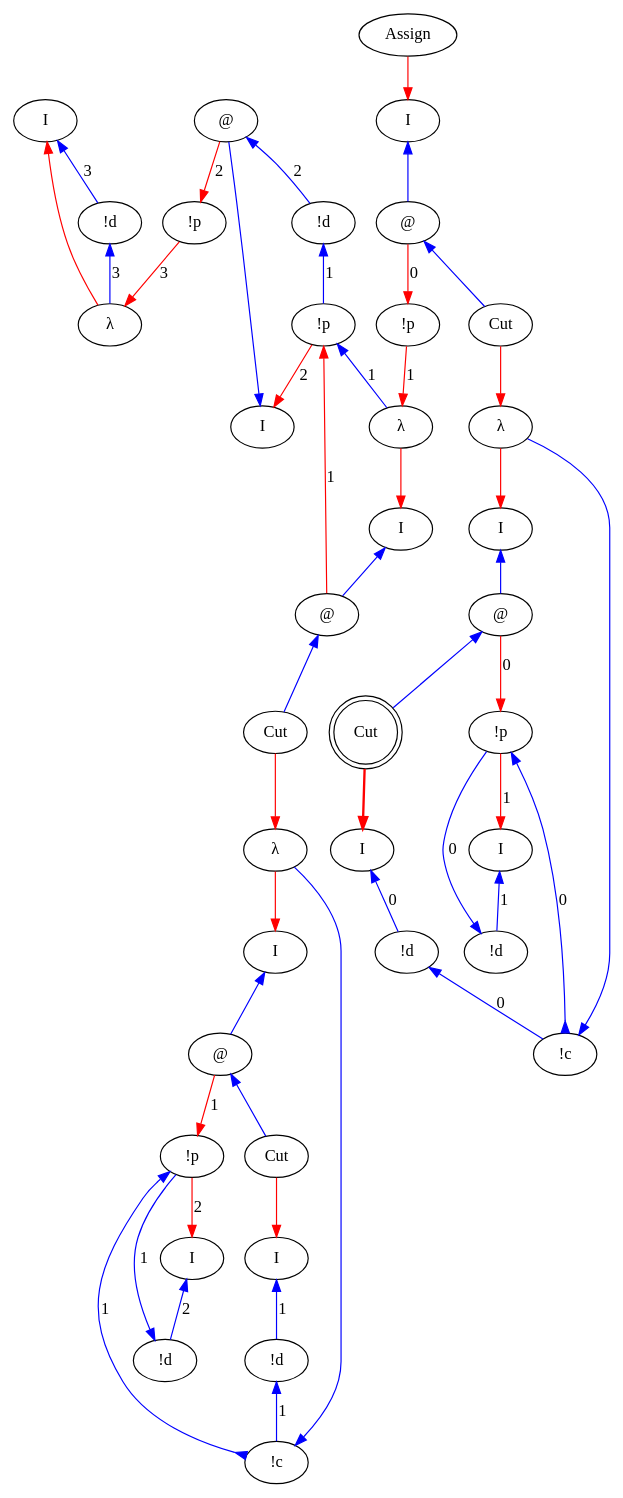
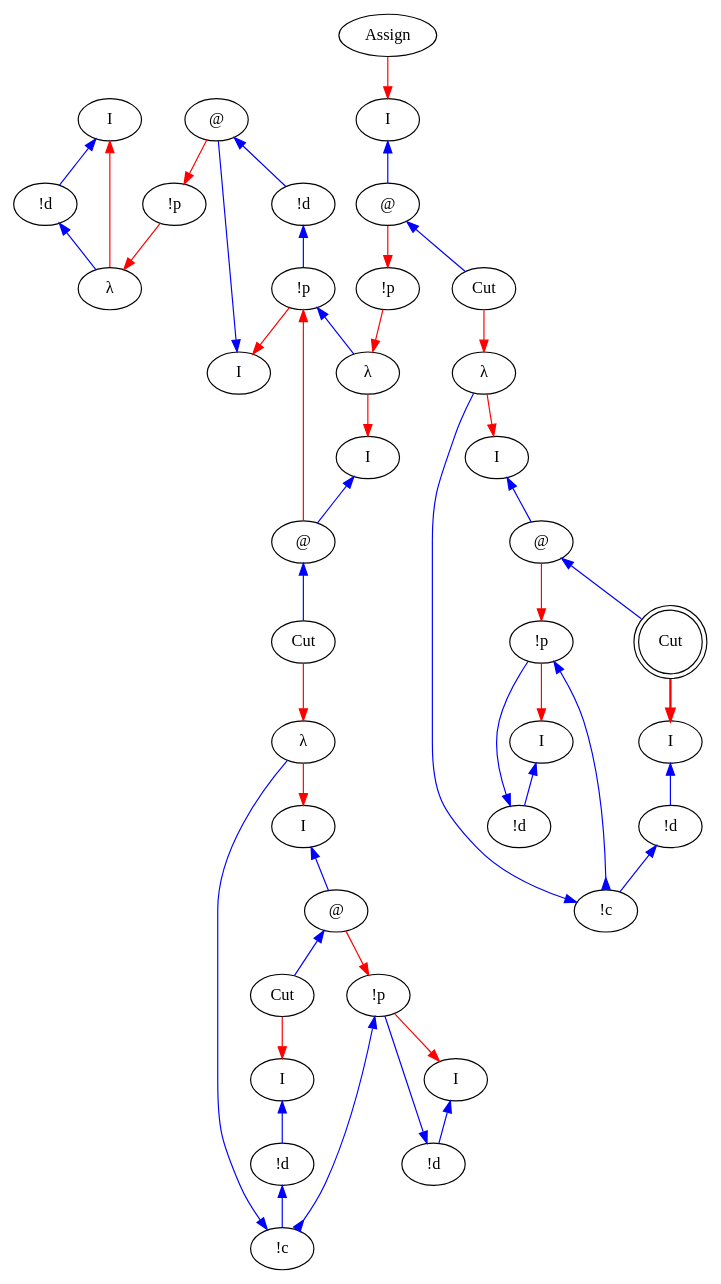
The diagram in src/core/graphs/example_m_1_l.dot (Mathnerd314/stroscot), drawn with Graphviz before and after one commit. The commit also changed 88 other files, not shown here.

```diff
--- a/src/core/graphs/example_m_1_l.dot
+++ b/src/core/graphs/example_m_1_l.dot
@@ -1,85 +1,85 @@
 digraph {
 rankdir="TB"
 "I0" [label="I"]
 "!d1" [label="!d"]
 "λ2" [label="λ"]
 "!p3" [label="!p"]
 "I4" [label="I"]
 "@5" [label="@"]
 "!d6" [label="!d"]
 "!p7" [label="!p"]
 "I8" [label="I"]
 "@9" [label="@"]
 "I10" [label="I"]
 "!d11" [label="!d"]
 "!p12" [label="!p"]
 "I13" [label="I"]
 "@14" [label="@"]
 "I15" [label="I"]
 "!d16" [label="!d"]
 "Cut17" [label="Cut"]
 "!c18" [label="!c"]
 "λ19" [label="λ"]
 "Cut20" [label="Cut"]
 "λ21" [label="λ"]
 "!p22" [label="!p"]
 "I23" [label="I"]
 "@24" [label="@"]
 "I25" [label="I"]
 "!d26" [label="!d"]
 "!p27" [label="!p"]
 "I28" [label="I"]
 "@29" [label="@"]
 "I30" [label="I"]
 "!d31" [label="!d"]
 "Cut32" [label="Cut",shape=doublecircle]
 "!c33" [label="!c"]
 "λ34" [label="λ"]
 "Cut35" [label="Cut"]
 "Assign36" [label="Assign"]
-"!p7" -> "λ21"[color=blue,weight=1,tooltip="h34",label="1",arrowtail=normal,arrowhead=none,dir=both]
-"!d6" -> "!p7"[color=blue,weight=1,tooltip="hf65",label="1",arrowtail=normal,arrowhead=none,dir=both]
-"!d1" -> "λ2"[color=blue,weight=1,tooltip="i81",label="3",arrowtail=normal,arrowhead=none,dir=both]
-"I0" -> "!d1"[color=blue,weight=1,tooltip="iret84",label="3",arrowtail=normal,arrowhead=none,dir=both]
+"!p7" -> "λ21"[color=blue,weight=1,tooltip="h34",arrowtail=normal,arrowhead=none,dir=both]
+"!d6" -> "!p7"[color=blue,weight=1,tooltip="hf65",arrowtail=normal,arrowhead=none,dir=both]
+"!d1" -> "λ2"[color=blue,weight=1,tooltip="i81",arrowtail=normal,arrowhead=none,dir=both]
+"I0" -> "!d1"[color=blue,weight=1,tooltip="iret84",arrowtail=normal,arrowhead=none,dir=both]
 "I28" -> "@29"[color=blue,weight=1,tooltip="lret19",arrowtail=normal,arrowhead=none,dir=both]
 "I23" -> "@24"[color=blue,weight=1,tooltip="lret28",arrowtail=normal,arrowhead=none,dir=both]
 "I13" -> "@14"[color=blue,weight=1,tooltip="lret53",arrowtail=normal,arrowhead=none,dir=both]
 "I8" -> "@9"[color=blue,weight=1,tooltip="lret62",arrowtail=normal,arrowhead=none,dir=both]
 "I4" -> "@5"[color=blue,weight=1,tooltip="lret75",arrowtail=normal,arrowhead=none,dir=both]
 "@29" -> "Cut32"[color=blue,weight=1,tooltip="lval14",arrowtail=normal,arrowhead=none,dir=both]
 "@9" -> "Cut20"[color=blue,weight=1,tooltip="lval38",arrowtail=normal,arrowhead=none,dir=both]
 "@24" -> "Cut35"[color=blue,weight=1,tooltip="lval4",arrowtail=normal,arrowhead=none,dir=both]
 "@14" -> "Cut17"[color=blue,weight=1,tooltip="lval48",arrowtail=normal,arrowhead=none,dir=both]
-"@5" -> "!d6"[color=blue,weight=1,tooltip="lval70",label="2",arrowtail=normal,arrowhead=none,dir=both]
-"@29" -> "!p27"[color=red,weight=2,tooltip="newrret18",label="0",arrowhead=normal,arrowtail=none,dir=both]
-"@24" -> "!p22"[color=red,weight=2,tooltip="newrret27",label="0",arrowhead=normal,arrowtail=none,dir=both]
-"@14" -> "!p12"[color=red,weight=2,tooltip="newrret52",label="1",arrowhead=normal,arrowtail=none,dir=both]
-"@9" -> "!p7"[color=red,weight=2,tooltip="newrret61",label="1",arrowhead=normal,arrowtail=none,dir=both]
-"@5" -> "!p3"[color=red,weight=2,tooltip="newrret74",label="2",arrowhead=normal,arrowtail=none,dir=both]
-"!p27" -> "I25"[color=red,weight=2,tooltip="newrretf23",label="1",arrowhead=normal,arrowtail=none,dir=both]
-"!p22" -> "λ21"[color=red,weight=2,tooltip="newrretf31",label="1",arrowhead=normal,arrowtail=none,dir=both]
-"!p12" -> "I10"[color=red,weight=2,tooltip="newrretf57",label="2",arrowhead=normal,arrowtail=none,dir=both]
-"!p7" -> "I4"[color=red,weight=2,tooltip="newrretf66",label="2",arrowhead=normal,arrowtail=none,dir=both]
-"!p3" -> "λ2"[color=red,weight=2,tooltip="newrretf78",label="3",arrowhead=normal,arrowtail=none,dir=both]
+"@5" -> "!d6"[color=blue,weight=1,tooltip="lval70",arrowtail=normal,arrowhead=none,dir=both]
+"@29" -> "!p27"[color=red,weight=2,tooltip="newrret18",arrowhead=normal,arrowtail=none,dir=both]
+"@24" -> "!p22"[color=red,weight=2,tooltip="newrret27",arrowhead=normal,arrowtail=none,dir=both]
+"@14" -> "!p12"[color=red,weight=2,tooltip="newrret52",arrowhead=normal,arrowtail=none,dir=both]
+"@9" -> "!p7"[color=red,weight=2,tooltip="newrret61",arrowhead=normal,arrowtail=none,dir=both]
+"@5" -> "!p3"[color=red,weight=2,tooltip="newrret74",arrowhead=normal,arrowtail=none,dir=both]
+"!p27" -> "I25"[color=red,weight=2,tooltip="newrretf23",arrowhead=normal,arrowtail=none,dir=both]
+"!p22" -> "λ21"[color=red,weight=2,tooltip="newrretf31",arrowhead=normal,arrowtail=none,dir=both]
+"!p12" -> "I10"[color=red,weight=2,tooltip="newrretf57",arrowhead=normal,arrowtail=none,dir=both]
+"!p7" -> "I4"[color=red,weight=2,tooltip="newrretf66",arrowhead=normal,arrowtail=none,dir=both]
+"!p3" -> "λ2"[color=red,weight=2,tooltip="newrretf78",arrowhead=normal,arrowtail=none,dir=both]
 "Assign36" -> "I23"[color=red,weight=2,tooltip="ret1",arrowhead=normal,arrowtail=none,dir=both]
 "λ21" -> "I8"[color=red,weight=2,tooltip="ret35",arrowhead=normal,arrowtail=none,dir=both]
 "λ19" -> "I13"[color=red,weight=2,tooltip="ret42",arrowhead=normal,arrowtail=none,dir=both]
 "λ34" -> "I28"[color=red,weight=2,tooltip="ret8",arrowhead=normal,arrowtail=none,dir=both]
 "λ2" -> "I0"[color=red,weight=2,tooltip="ret82",arrowhead=normal,arrowtail=none,dir=both]
 "Cut32" -> "I30"[color=red,weight=2,tooltip="rval15",arrowhead=normal,arrowtail=none,penwidth=2,dir=both]
 "Cut20" -> "λ19"[color=red,weight=2,tooltip="rval39",arrowhead=normal,arrowtail=none,dir=both]
 "Cut17" -> "I15"[color=red,weight=2,tooltip="rval49",arrowhead=normal,arrowtail=none,dir=both]
 "Cut35" -> "λ34"[color=red,weight=2,tooltip="rval5",arrowhead=normal,arrowtail=none,dir=both]
 "!c33" -> "λ34"[color=blue,weight=1,tooltip="x7",arrowtail=normal,arrowhead=none,dir=both]
-"!d31" -> "!c33"[color=blue,weight=1,tooltip="xA9",label="0",arrowtail=normal,arrowhead=none,dir=both]
-"!p27" -> "!c33"[color=blue,weight=1,tooltip="xB10",label="0",arrowtail=normal,arrowhead=inv,dir=both]
-"!d26" -> "!p27"[color=blue,weight=1,tooltip="xBf22",label="0",arrowtail=normal,arrowhead=none,dir=both]
-"I30" -> "!d31"[color=blue,weight=1,tooltip="xret17",label="0",arrowtail=normal,arrowhead=none,dir=both]
-"I25" -> "!d26"[color=blue,weight=1,tooltip="xret26",label="1",arrowtail=normal,arrowhead=none,dir=both]
+"!d31" -> "!c33"[color=blue,weight=1,tooltip="xA9",arrowtail=normal,arrowhead=none,dir=both]
+"!p27" -> "!c33"[color=blue,weight=1,tooltip="xB10",arrowtail=normal,arrowhead=inv,dir=both]
+"!d26" -> "!p27"[color=blue,weight=1,tooltip="xBf22",arrowtail=normal,arrowhead=none,dir=both]
+"I30" -> "!d31"[color=blue,weight=1,tooltip="xret17",arrowtail=normal,arrowhead=none,dir=both]
+"I25" -> "!d26"[color=blue,weight=1,tooltip="xret26",arrowtail=normal,arrowhead=none,dir=both]
 "!c18" -> "λ19"[color=blue,weight=1,tooltip="y41",arrowtail=normal,arrowhead=none,dir=both]
-"!d16" -> "!c18"[color=blue,weight=1,tooltip="yA43",label="1",arrowtail=normal,arrowhead=none,dir=both]
-"!p12" -> "!c18"[color=blue,weight=1,tooltip="yB44",label="1",arrowtail=normal,arrowhead=inv,dir=both]
-"!d11" -> "!p12"[color=blue,weight=1,tooltip="yBf56",label="1",arrowtail=normal,arrowhead=none,dir=both]
-"I15" -> "!d16"[color=blue,weight=1,tooltip="yret51",label="1",arrowtail=normal,arrowhead=none,dir=both]
-"I10" -> "!d11"[color=blue,weight=1,tooltip="yret60",label="2",arrowtail=normal,arrowhead=none,dir=both]
+"!d16" -> "!c18"[color=blue,weight=1,tooltip="yA43",arrowtail=normal,arrowhead=none,dir=both]
+"!p12" -> "!c18"[color=blue,weight=1,tooltip="yB44",arrowtail=normal,arrowhead=inv,dir=both]
+"!d11" -> "!p12"[color=blue,weight=1,tooltip="yBf56",arrowtail=normal,arrowhead=none,dir=both]
+"I15" -> "!d16"[color=blue,weight=1,tooltip="yret51",arrowtail=normal,arrowhead=none,dir=both]
+"I10" -> "!d11"[color=blue,weight=1,tooltip="yret60",arrowtail=normal,arrowhead=none,dir=both]
 }
```
